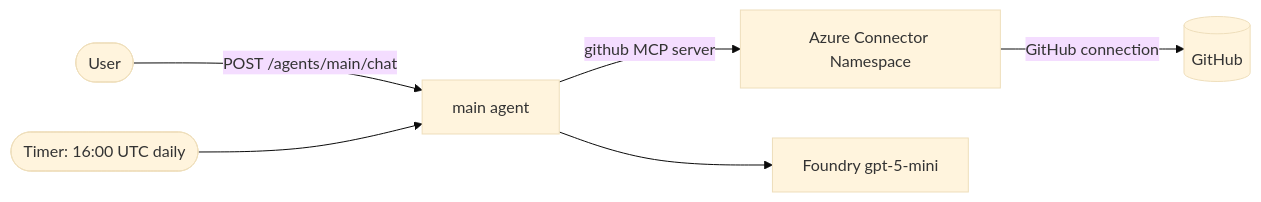
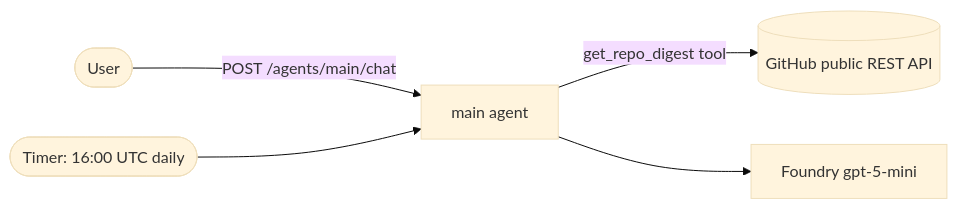
Before and after one commit to greenie-msft/simple-agent-functions-python: the diagram in README.md, drawn with Mermaid (base theme). The commit also changed other lines of this file and 15 other files, not shown here.

First line of the commit message:
Simplify to a single public-API tool; add uv and a local-settings hook

````diff
--- a/README.md
+++ b/README.md
@@ -18,8 +18,7 @@
 ```mermaid
 flowchart LR
     user([User]) -->|POST /agents/main/chat| main[main agent]
     timer([Timer: 16:00 UTC daily]) --> main
-    main -->|github MCP server| cns[Azure Connector Namespace]
-    cns -->|GitHub connection| gh[(GitHub)]
+    main -->|get_repo_digest tool| gh[(GitHub public REST API)]
     main --> model[Foundry gpt-5-mini]
 ```
````
